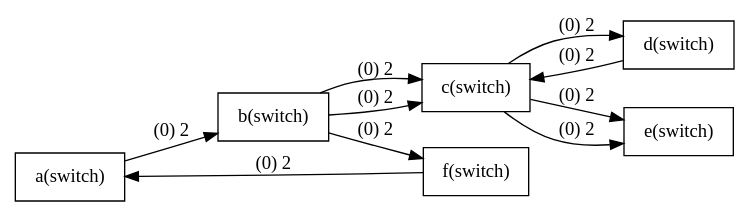
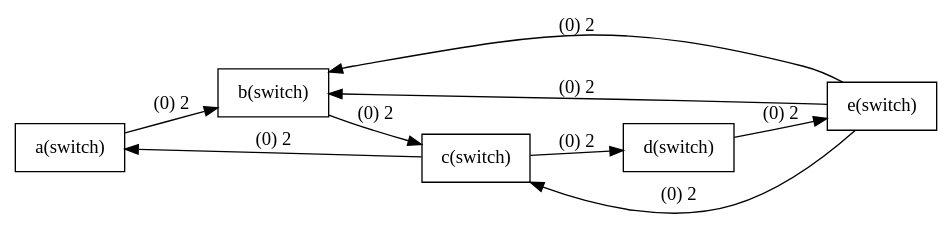
The diagram in plot.dot (claireyy23/2019-spring-gt), drawn with Graphviz before and after one commit. The commit also changed 4 other files, not shown here.

```diff
--- a/plot.dot
+++ b/plot.dot
@@ -1,33 +1,30 @@
 digraph G{
 rankdir=LR;
 node [shape=record];
 
 a [label="a(switch)"];
 b [label="b(switch)"];
 a->b[label="(0) 2"];
 b [label="b(switch)"];
 c [label="c(switch)"];
 b->c[label="(0) 2"];
 c [label="c(switch)"];
+a [label="a(switch)"];
+c->a[label="(0) 2"];
+d [label="d(switch)"];
+e [label="e(switch)"];
+d->e[label="(0) 2"];
+e [label="e(switch)"];
+c [label="c(switch)"];
+e->c[label="(0) 2"];
+c [label="c(switch)"];
 d [label="d(switch)"];
 c->d[label="(0) 2"];
-c [label="c(switch)"];
 e [label="e(switch)"];
-c->e[label="(0) 2"];
 b [label="b(switch)"];
-f [label="f(switch)"];
-b->f[label="(0) 2"];
-f [label="f(switch)"];
-a [label="a(switch)"];
-f->a[label="(0) 2"];
-c [label="c(switch)"];
+e->b[label="(0) 2"];
 e [label="e(switch)"];
-c->e[label="(0) 2"];
-d [label="d(switch)"];
-c [label="c(switch)"];
-d->c[label="(0) 2"];
 b [label="b(switch)"];
-c [label="c(switch)"];
-b->c[label="(0) 2"];
+e->b[label="(0) 2"];
 
 }
```
